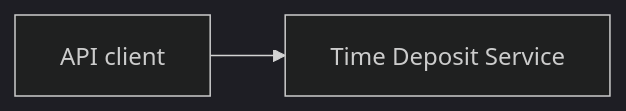
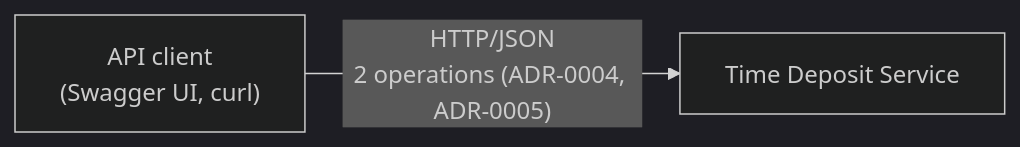
One commit to bh3x/time-deposit-kata changed the first of 5 diagrams in docs/architecture/overview.md. Above: the diagram before and after it, drawn with Mermaid (dark theme). The commit also changed other lines of this file, not shown here.

Commit message:
docs(architecture): fill overview from ADR-0002 to ADR-0008

````diff
--- a/docs/architecture/overview.md
+++ b/docs/architecture/overview.md
@@ -7,4 +10,4 @@
 ```mermaid
 flowchart LR
-  client[API client] --> system[Time Deposit Service]
+  client["API client<br/>(Swagger UI, curl)"] -- "HTTP/JSON<br/>2 operations (ADR-0004, ADR-0005)" --> system["Time Deposit Service"]
 ```
````
